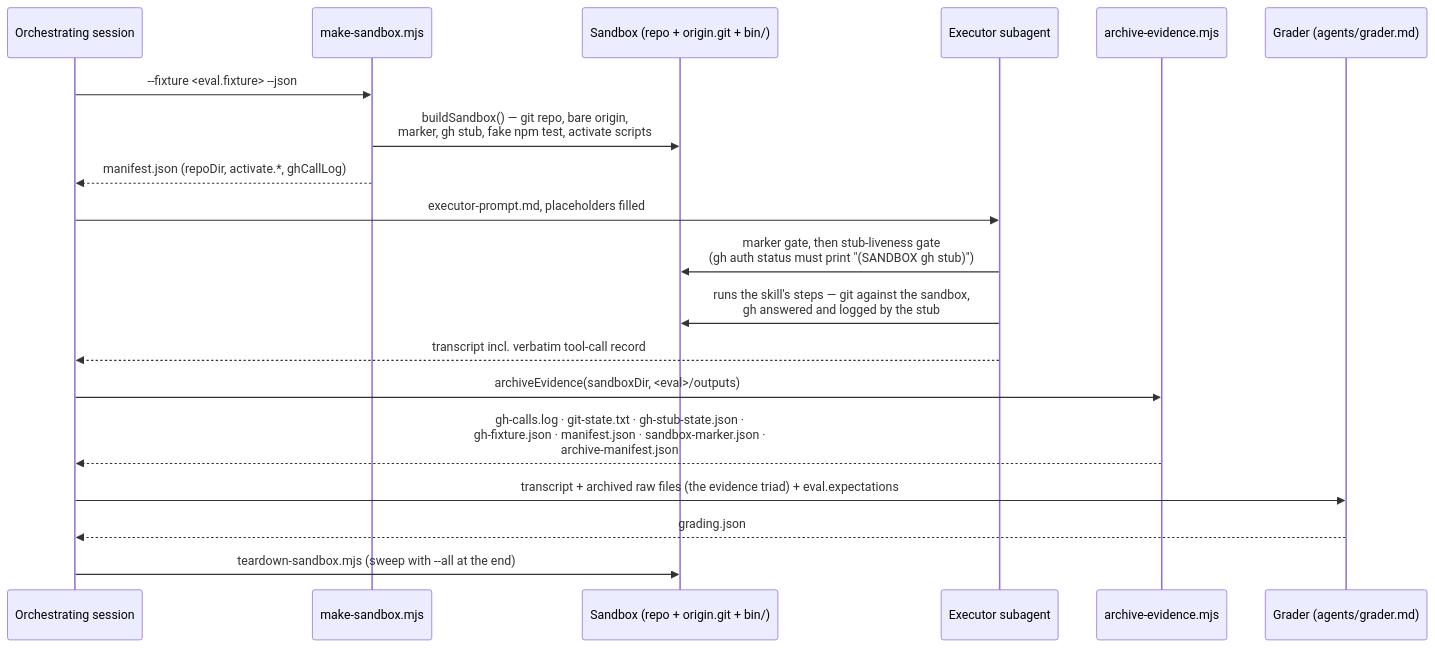
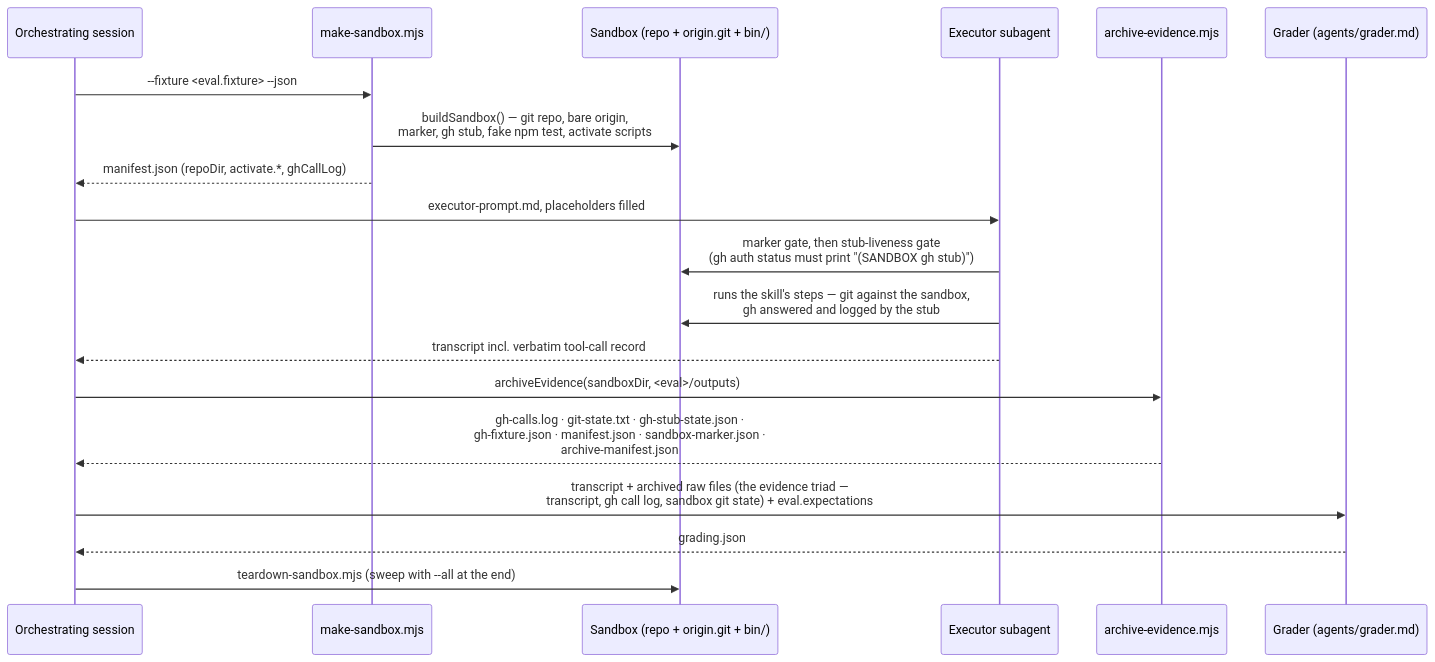
The second of 3 diagrams in docs/design-skill-evals-harness.md (Intentional-Society/is-app), drawn with Mermaid before and after one commit. The commit also changed other lines of this file, not shown here.

````diff
--- a/docs/design-skill-evals-harness.md
+++ b/docs/design-skill-evals-harness.md
@@ -400,22 +693,22 @@
 ```mermaid
 sequenceDiagram
   participant O as Orchestrating session
   participant MS as make-sandbox.mjs
   participant SB as Sandbox (repo + origin.git + bin/)
   participant X as Executor subagent
   participant AE as archive-evidence.mjs
   participant G as Grader (agents/grader.md)
 
   O->>MS: --fixture <eval.fixture> --json
   MS->>SB: buildSandbox() — git repo, bare origin,<br/>marker, gh stub, fake npm test, activate scripts
   MS-->>O: manifest.json (repoDir, activate.*, ghCallLog)
   O->>X: executor-prompt.md, placeholders filled
   X->>SB: marker gate, then stub-liveness gate<br/>(gh auth status must print "(SANDBOX gh stub)")
   X->>SB: runs the skill's steps — git against the sandbox,<br/>gh answered and logged by the stub
   X-->>O: transcript incl. verbatim tool-call record
   O->>AE: archiveEvidence(sandboxDir, <eval>/outputs)
   AE-->>O: gh-calls.log · git-state.txt · gh-stub-state.json ·<br/>gh-fixture.json · manifest.json · sandbox-marker.json ·<br/>archive-manifest.json
-  O->>G: transcript + archived raw files (the evidence triad) + eval.expectations
+  O->>G: transcript + archived raw files (the evidence triad —<br/>transcript, gh call log, sandbox git state) + eval.expectations
   G-->>O: grading.json
   O->>SB: teardown-sandbox.mjs (sweep with --all at the end)
 ```
````
